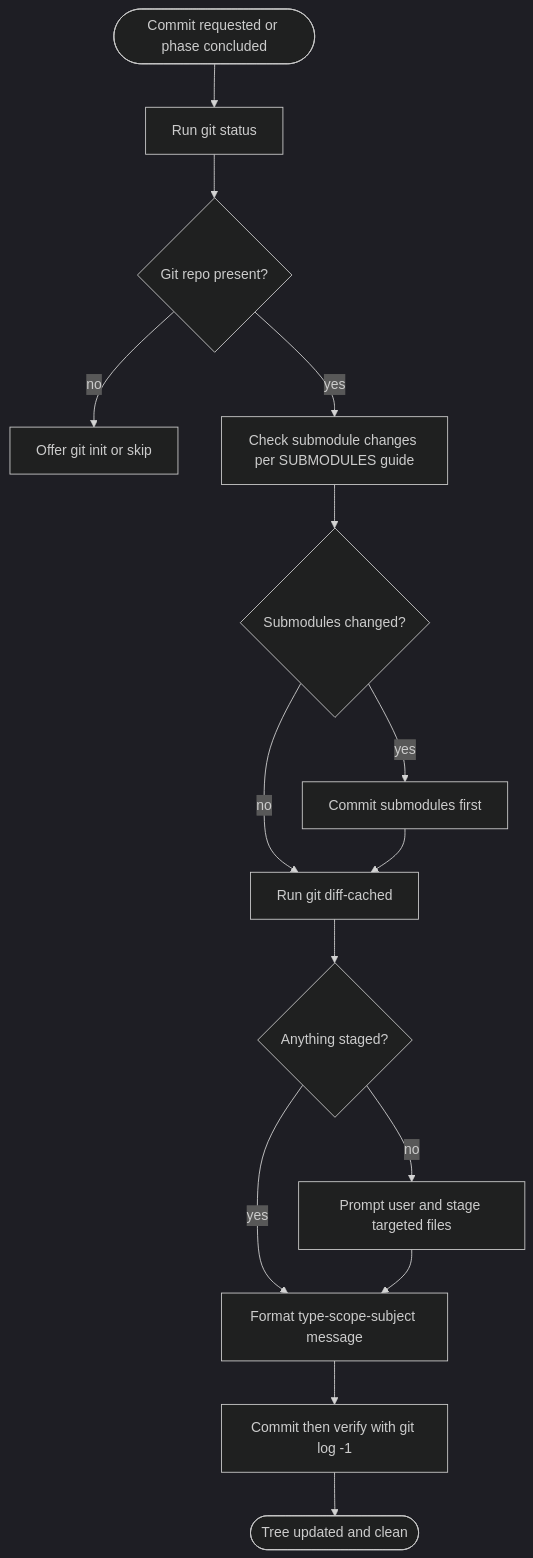
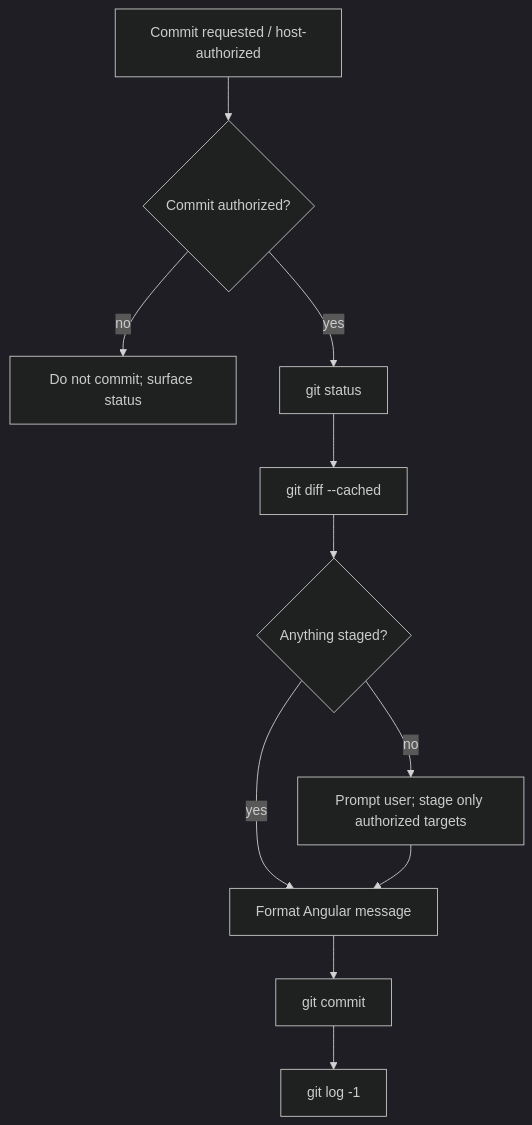
One commit to dyphn1/Harness-everything changed the diagram in docs/workflows/git-commit.md. Above: the diagram before and after it, drawn with Mermaid (dark theme). The commit also changed other lines of this file, not shown here.

````diff
--- a/docs/workflows/git-commit.md
+++ b/docs/workflows/git-commit.md
@@ -9,17 +9,13 @@
 ```mermaid
 graph TD
-  CommitTrig([Commit requested or phase concluded]) --> StatusCheck[Run git status]
-  StatusCheck --> RepoOk{Git repo present?}
-  RepoOk -->|no| InitOffer[Offer git init or skip]
-  RepoOk -->|yes| SubCheck[Check submodule changes per SUBMODULES guide]
-  SubCheck --> SubDirty{Submodules changed?}
-  SubDirty -->|yes| SubFirst[Commit submodules first]
-  SubDirty -->|no| DiffCheck[Run git diff-cached]
-  SubFirst --> DiffCheck
-  DiffCheck --> StagedOk{Anything staged?}
-  StagedOk -->|no| PromptStage[Prompt user and stage targeted files]
-  StagedOk -->|yes| FormatMsg[Format type-scope-subject message]
-  PromptStage --> FormatMsg
-  FormatMsg --> VerifyLog[Commit then verify with git log -1]
-  VerifyLog --> DoneClean([Tree updated and clean])
+  Trigger[Commit requested / host-authorized] --> Auth{Commit authorized?}
+  Auth -->|no| Stop[Do not commit; surface status]
+  Auth -->|yes| Status[git status]
+  Status --> Diff[git diff --cached]
+  Diff --> Staged{Anything staged?}
+  Staged -->|no| Ask[Prompt user; stage only authorized targets]
+  Staged -->|yes| Format[Format Angular message]
+  Ask --> Format
+  Format --> Commit[git commit]
+  Commit --> Verify[git log -1]
 ```
````
